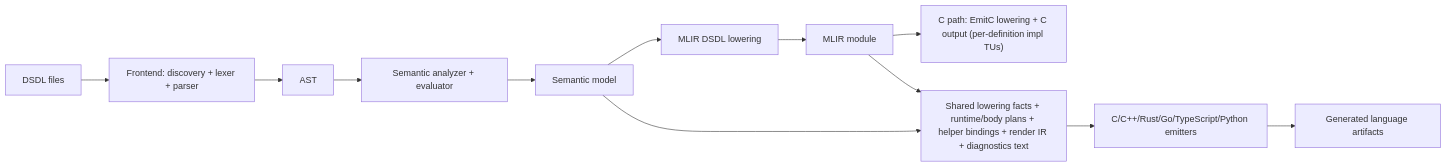
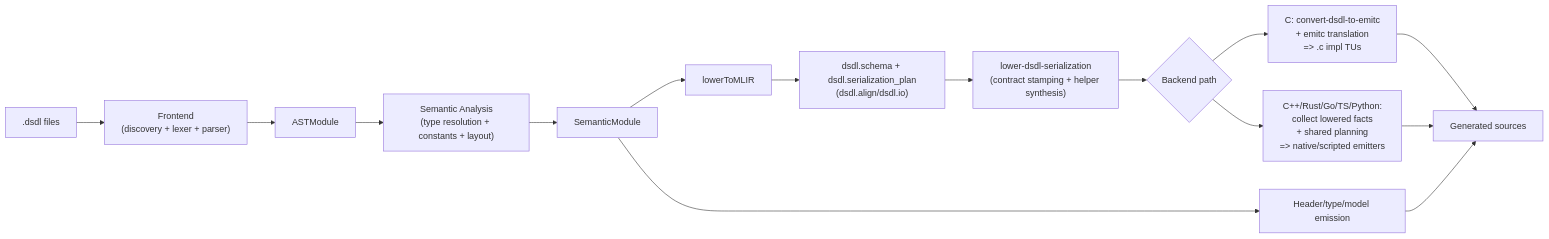
One commit to thirtytwobits/llvm-dsdl changed the diagram in DESIGN.md. Above: the diagram before and after it, drawn with Mermaid. The commit also changed other lines of this file and 42 other files, not shown here.

````diff
--- a/DESIGN.md
+++ b/DESIGN.md
@@ -28,14 +25,17 @@
 ```mermaid
 flowchart LR
-  A["DSDL files"] --> B["Frontend: discovery + lexer + parser"]
-  B --> C["AST"]
-  C --> D["Semantic analyzer + evaluator"]
-  D --> E["Semantic model"]
-  E --> F["MLIR DSDL lowering"]
-  F --> G["MLIR module"]
-  G --> H["C path: EmitC lowering + C output (per-definition impl TUs)"]
-  E --> K["Shared lowering facts + runtime/body plans + helper bindings + render IR + diagnostics text"]
-  G --> K
-  K --> I["C/C++/Rust/Go/TypeScript/Python emitters"]
-  I --> J["Generated language artifacts"]
+  A[".dsdl files"] --> B["Frontend\n(discovery + lexer + parser)"]
+  B --> C["ASTModule"]
+  C --> D["Semantic Analysis\n(type resolution + constants + layout)"]
+  D --> E["SemanticModule"]
+  E --> F["lowerToMLIR"]
+  F --> G["dsdl.schema + dsdl.serialization_plan\n(dsdl.align/dsdl.io)"]
+  G --> H["lower-dsdl-serialization\n(contract stamping + helper synthesis)"]
+  H --> I{"Backend path"}
+  I --> J["C: convert-dsdl-to-emitc\n+ emitc translation\n=> .c impl TUs"]
+  I --> K["C++/Rust/Go/TS/Python:\ncollect lowered facts\n+ shared planning\n=> native/scripted emitters"]
+  E --> L["Header/type/model emission"]
+  J --> M["Generated sources"]
+  K --> M
+  L --> M
 ```
````
